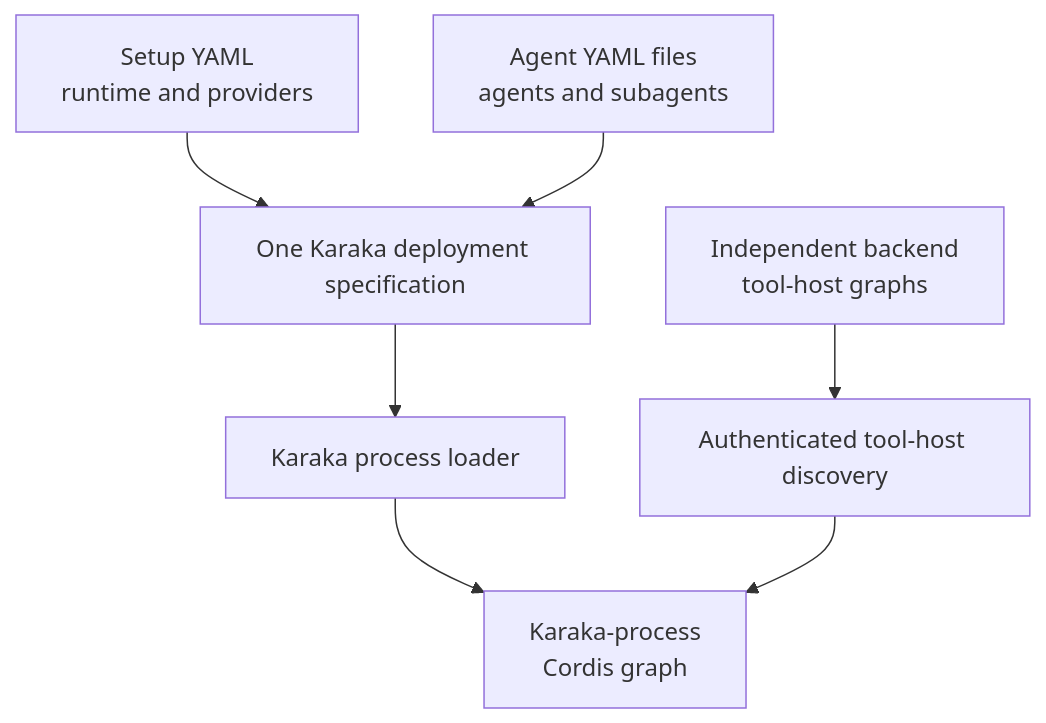
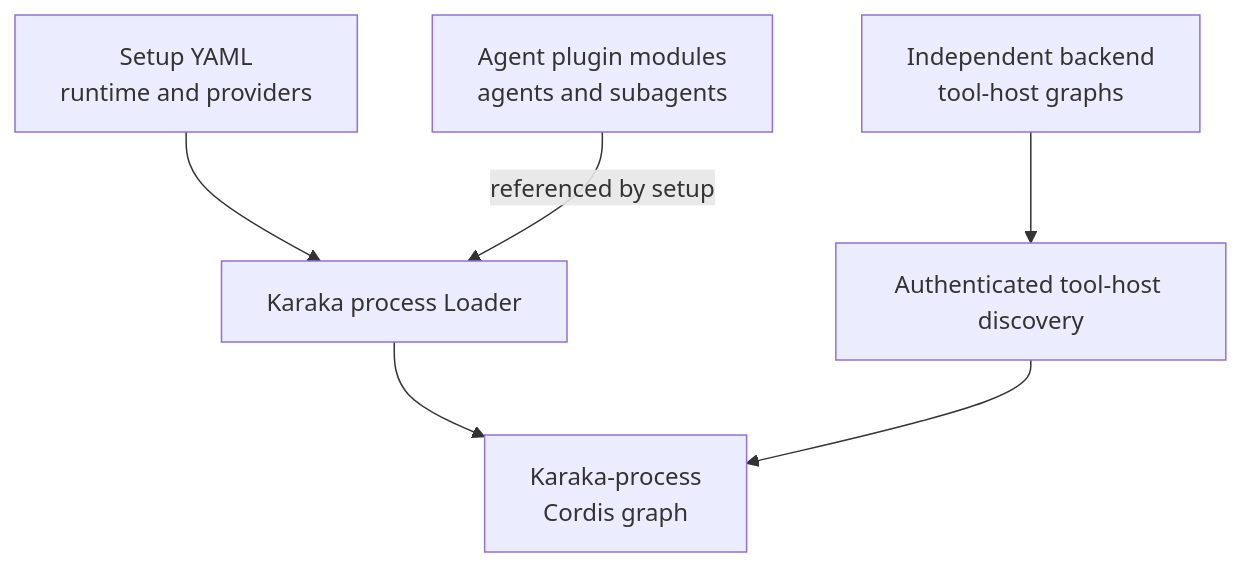
Before and after one commit to karaka-ai/karaka: the first of 6 diagrams in docs/architecture.md, drawn with Mermaid. The commit also changed other lines of this file and 11 other files, not shown here.

````diff
--- a/docs/architecture.md
+++ b/docs/architecture.md
@@ -28,17 +25,15 @@
 ```mermaid
 flowchart TB
   Setup["Setup YAML<br/>runtime and providers"]
-  Agents["Agent YAML files<br/>agents and subagents"]
-  Spec["One Karaka deployment specification"]
-  AgentLoader["Karaka process loader"]
+  Agents["Agent plugin modules<br/>agents and subagents"]
+  AgentLoader["Karaka process Loader"]
   AgentGraph["Karaka-process<br/>Cordis graph"]
   Discovery["Authenticated tool-host discovery"]
   ServiceGraphs["Independent backend<br/>tool-host graphs"]
 
-  Setup --> Spec
-  Agents --> Spec
-  Spec --> AgentLoader
+  Setup --> AgentLoader
+  Agents -->|referenced by setup| AgentLoader
   AgentLoader --> AgentGraph
   ServiceGraphs --> Discovery
   Discovery --> AgentGraph
 ```
````
